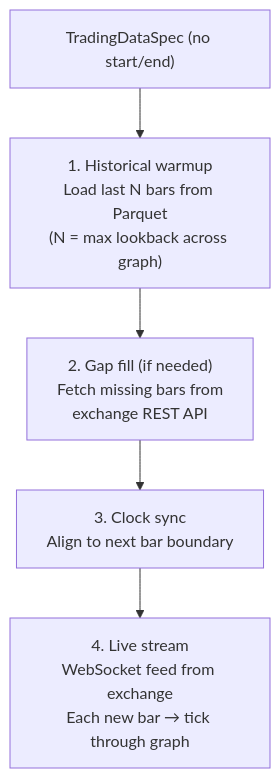
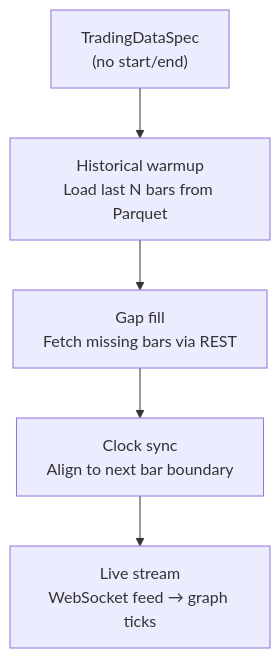
Before and after one commit to Clypt/docs: the third of 3 diagrams in engine/data-system.mdx, drawn with Mermaid. The commit also changed 12 other files, not shown here.

````diff
--- a/engine/data-system.mdx
+++ b/engine/data-system.mdx
@@ -175,7 +175,7 @@
 ```mermaid
 flowchart TB
-    A["TradingDataSpec (no start/end)"] --> B["1. Historical warmup<br>Load last N bars from Parquet<br>(N = max lookback across graph)"]
-    B --> C["2. Gap fill (if needed)<br>Fetch missing bars from<br>exchange REST API"]
-    C --> D["3. Clock sync<br>Align to next bar boundary"]
-    D --> E["4. Live stream<br>WebSocket feed from exchange<br>Each new bar → tick through graph"]
+    A["TradingDataSpec<br>(no start/end)"] --> B["Historical warmup<br>Load last N bars from Parquet"]
+    B --> C["Gap fill<br>Fetch missing bars via REST"]
+    C --> D["Clock sync<br>Align to next bar boundary"]
+    D --> E["Live stream<br>WebSocket feed → graph ticks"]
 ```
````
